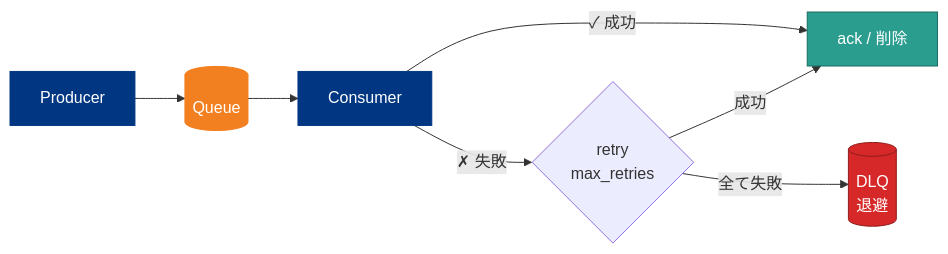
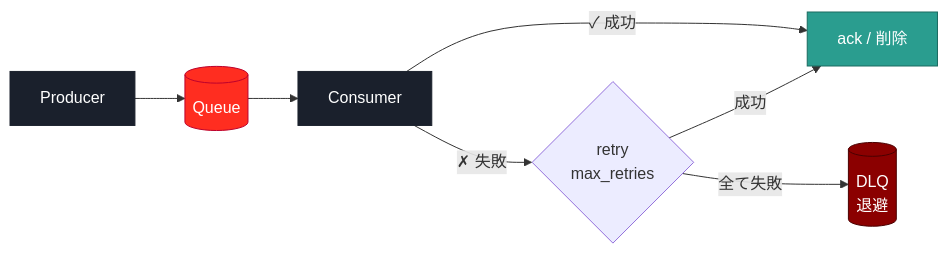
One commit to SuguruOoki/cloudflare-php-demo changed the diagram in slides/diagrams/dlq-flow.mmd. Above: the diagram before and after it, drawn with Mermaid. The commit also changed 11 other files, not shown here.

```diff
--- a/slides/diagrams/dlq-flow.mmd
+++ b/slides/diagrams/dlq-flow.mmd
@@ -1,16 +1,16 @@
 flowchart LR
     P[Producer] --> Q[(Queue)]
     Q --> C[Consumer]
     C -->|✓ 成功| OK[ack / 削除]
     C -->|✗ 失敗| R{retry<br/>max_retries}
     R -->|成功| OK
     R -->|全て失敗| DLQ[(DLQ<br/>退避)]
 
-    classDef q fill:#F38020,stroke:#F38020,color:#fff
+    classDef q fill:#FF2D20,stroke:#BC002D,color:#fff
     classDef ok fill:#2a9d8f,stroke:#1b6b60,color:#fff
-    classDef fail fill:#d62828,stroke:#8f1d1d,color:#fff
-    classDef actor fill:#003682,stroke:#003682,color:#fff
+    classDef fail fill:#8B0000,stroke:#4a0000,color:#fff
+    classDef actor fill:#1A202C,stroke:#1A202C,color:#fff
     class Q q
     class OK ok
     class DLQ fail
     class P,C actor
```
